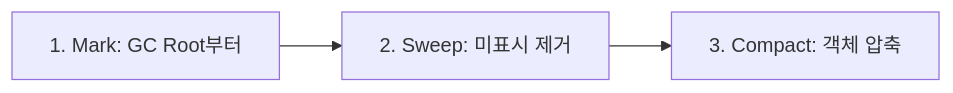
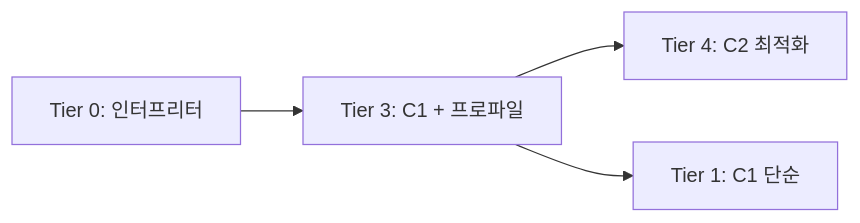
Before and after one commit to yjkim2015/yjkim2015.github.io: the fourth of 5 diagrams in _posts/java/2026-05-02-jvm-architecture.md, drawn with Mermaid. The commit also changed other lines of this file and 4 other files, not shown here.

````diff
--- a/_posts/java/2026-05-02-jvm-architecture.md
+++ b/_posts/java/2026-05-02-jvm-architecture.md
@@ -535,5 +680,6 @@
 ```mermaid
-flowchart LR
-    A["1. Mark: GC Root부터"] --> B["2. Sweep: 미표시 제거"]
-    B --> C["3. Compact: 객체 압축"]
+graph LR
+    T0["Tier 0: 인터프리터"] --> T3["Tier 3: C1 + 프로파일"]
+    T3 --> T4["Tier 4: C2 최적화"]
+    T3 --> T1["Tier 1: C1 단순"]
 ```
````
